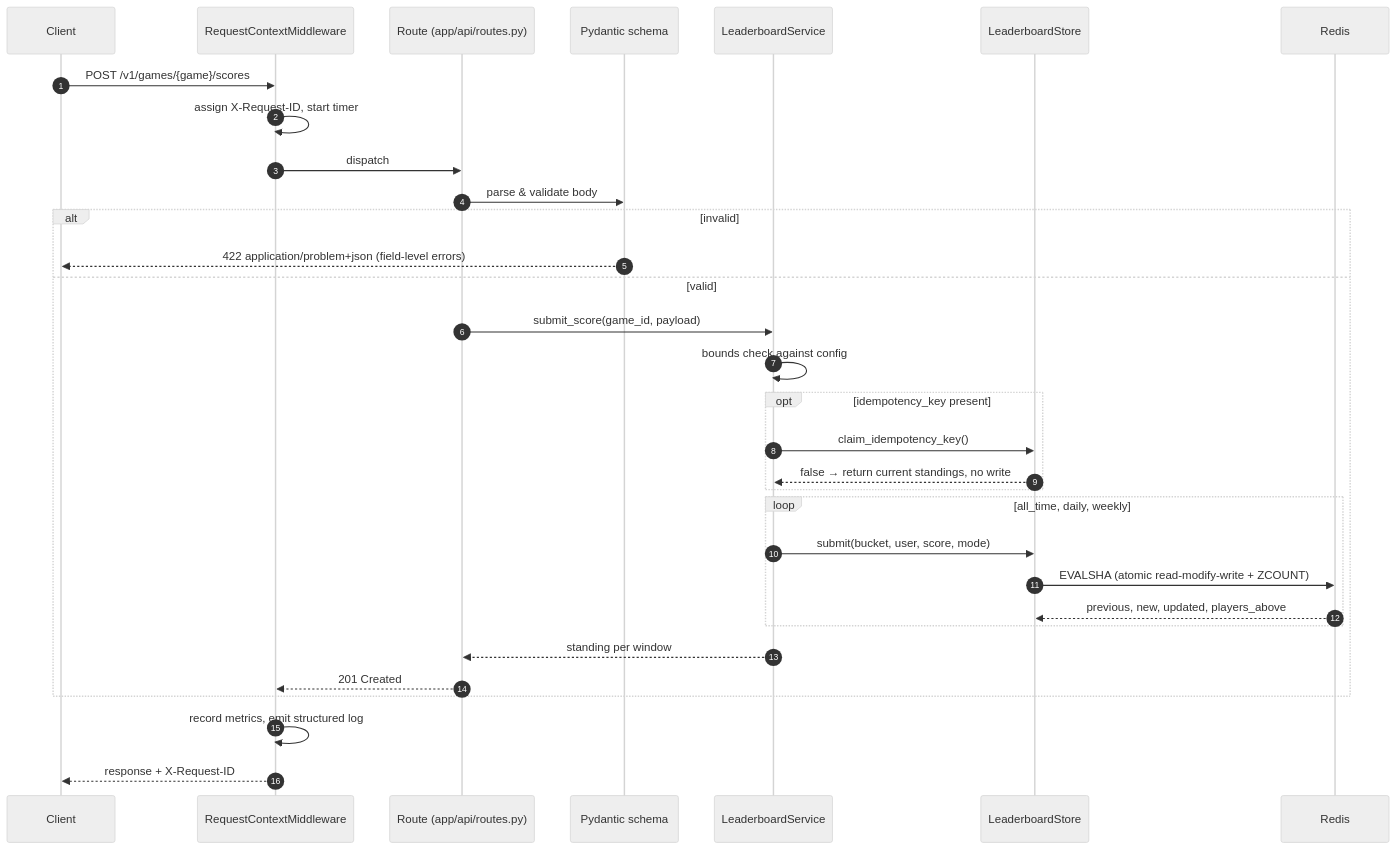
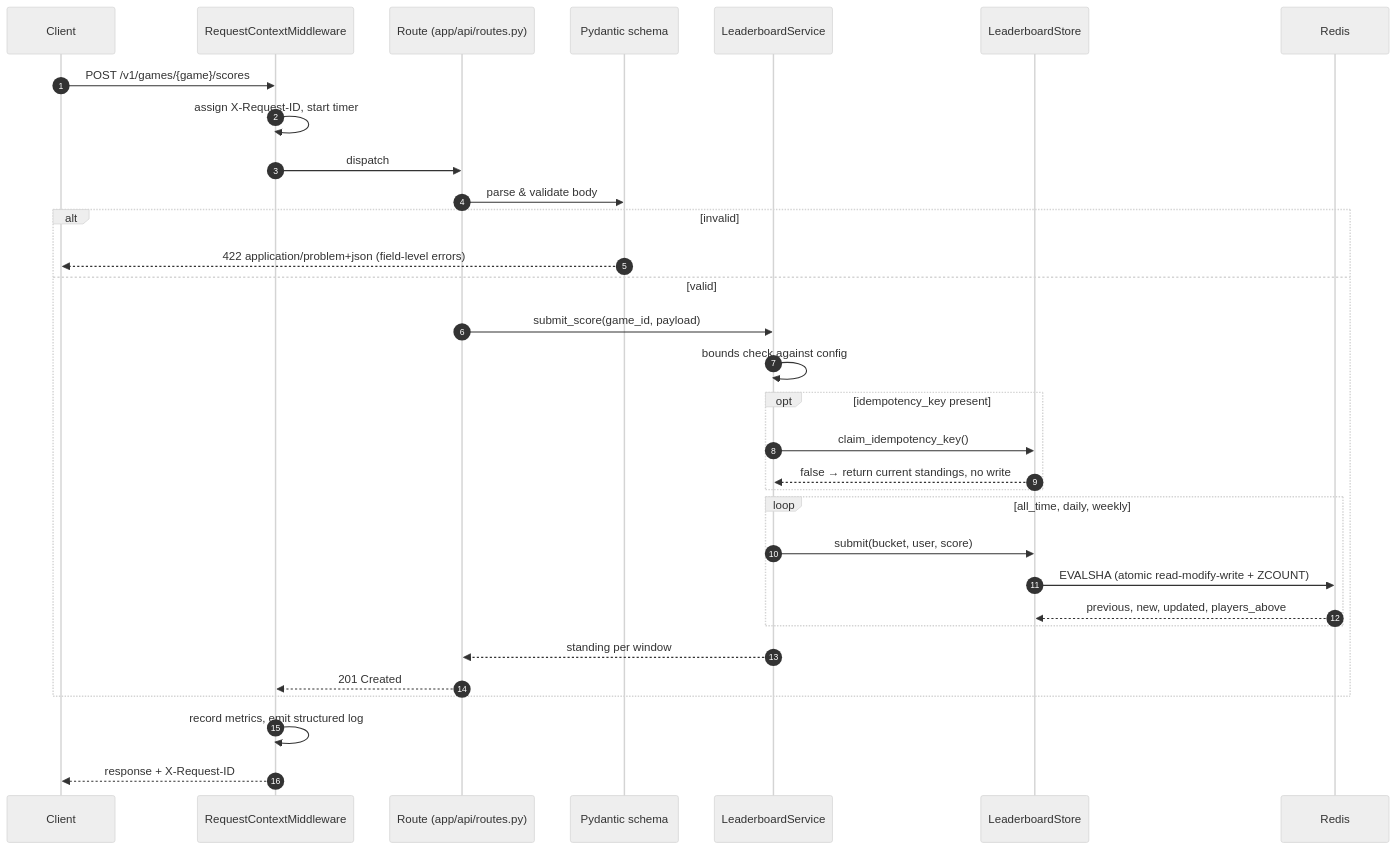
Before and after one commit to evasy/gaming-leaderboard-api: the second of 6 diagrams in docs/architecture.md, drawn with Mermaid (neutral theme). The commit also changed other lines of this file and 11 other files, not shown here.

````diff
--- a/docs/architecture.md
+++ b/docs/architecture.md
@@ -42,35 +42,35 @@
 ```mermaid
 sequenceDiagram
     autonumber
     participant C as Client
     participant M as RequestContextMiddleware
     participant R as Route (app/api/routes.py)
     participant V as Pydantic schema
     participant S as LeaderboardService
     participant T as LeaderboardStore
     participant D as Redis
 
     C->>M: POST /v1/games/{game}/scores
     M->>M: assign X-Request-ID, start timer
     M->>R: dispatch
     R->>V: parse & validate body
     alt invalid
         V-->>C: 422 application/problem+json (field-level errors)
     else valid
         R->>S: submit_score(game_id, payload)
         S->>S: bounds check against config
         opt idempotency_key present
             S->>T: claim_idempotency_key()
             T-->>S: false  →  return current standings, no write
         end
         loop all_time, daily, weekly
-            S->>T: submit(bucket, user, score, mode)
+            S->>T: submit(bucket, user, score)
             T->>D: EVALSHA (atomic read-modify-write + ZCOUNT)
             D-->>T: previous, new, updated, players_above
         end
         S-->>R: standing per window
         R-->>M: 201 Created
     end
     M->>M: record metrics, emit structured log
     M-->>C: response + X-Request-ID
 ```
````
